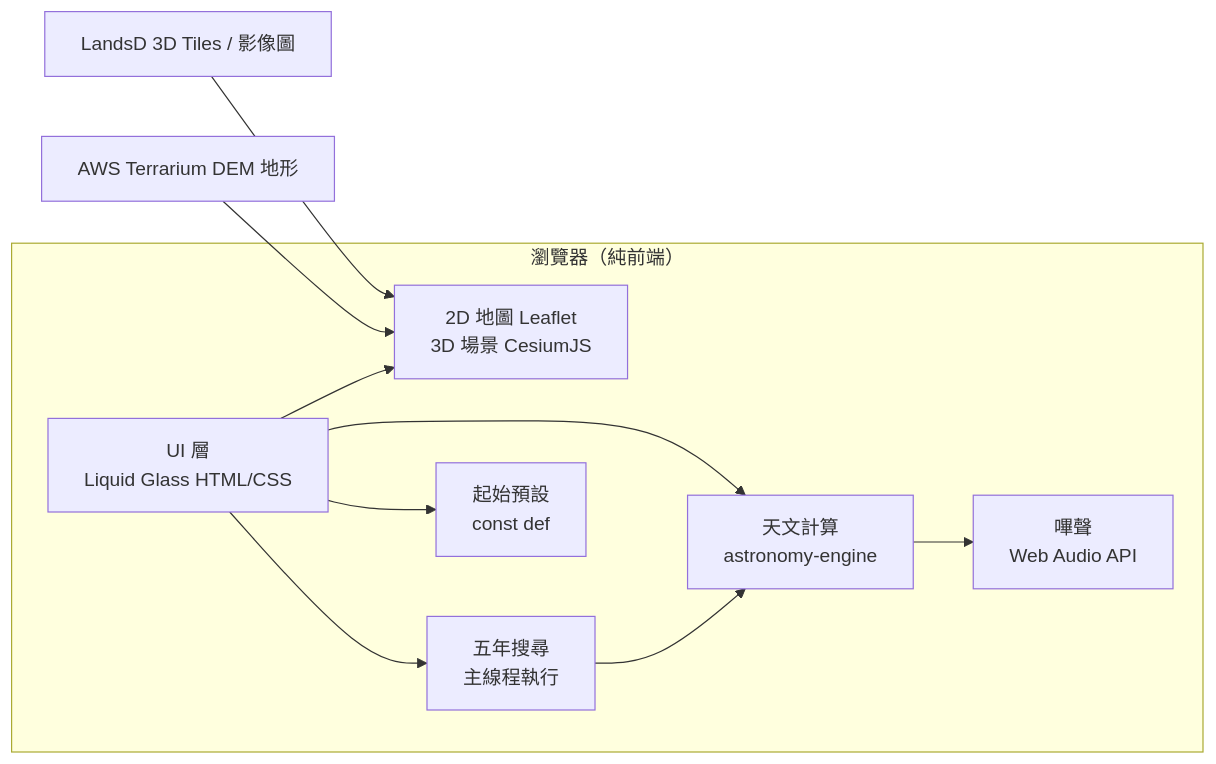
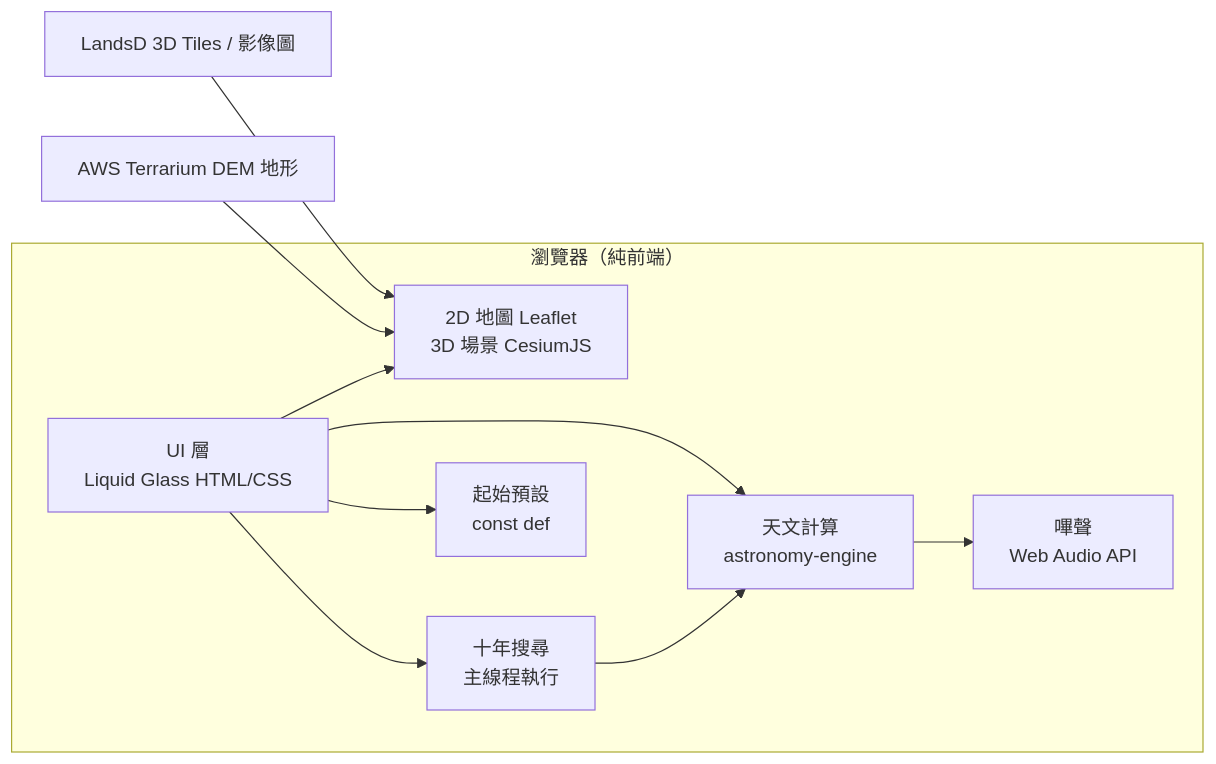
One commit to inchinet/sun-moon-trail changed the second of 2 diagrams in README.md. Above: the diagram before and after it, drawn with Mermaid. The commit also changed other lines of this file and 1 other file, not shown here.

````diff
--- a/README.md
+++ b/README.md
@@ -109,19 +109,19 @@
 ```mermaid
 flowchart LR
     subgraph Browser["瀏覽器（純前端）"]
         UI["UI 層<br/>Liquid Glass HTML/CSS"]
         MAP["2D 地圖 Leaflet<br/>3D 場景 CesiumJS"]
         ASTRO["天文計算<br/>astronomy-engine"]
-        SEARCH["五年搜尋<br/>主線程執行"]
+        SEARCH["十年搜尋<br/>主線程執行"]
         AUDIO["嗶聲<br/>Web Audio API"]
         STORE["起始預設<br/>const def"]
     end
     LANDSD["LandsD 3D Tiles / 影像圖"] --> MAP
     TERRAIN["AWS Terrarium DEM 地形"] --> MAP
     UI --> MAP
     UI --> ASTRO
     UI --> SEARCH
     SEARCH --> ASTRO
     ASTRO --> AUDIO
     UI --> STORE
 ```
````
